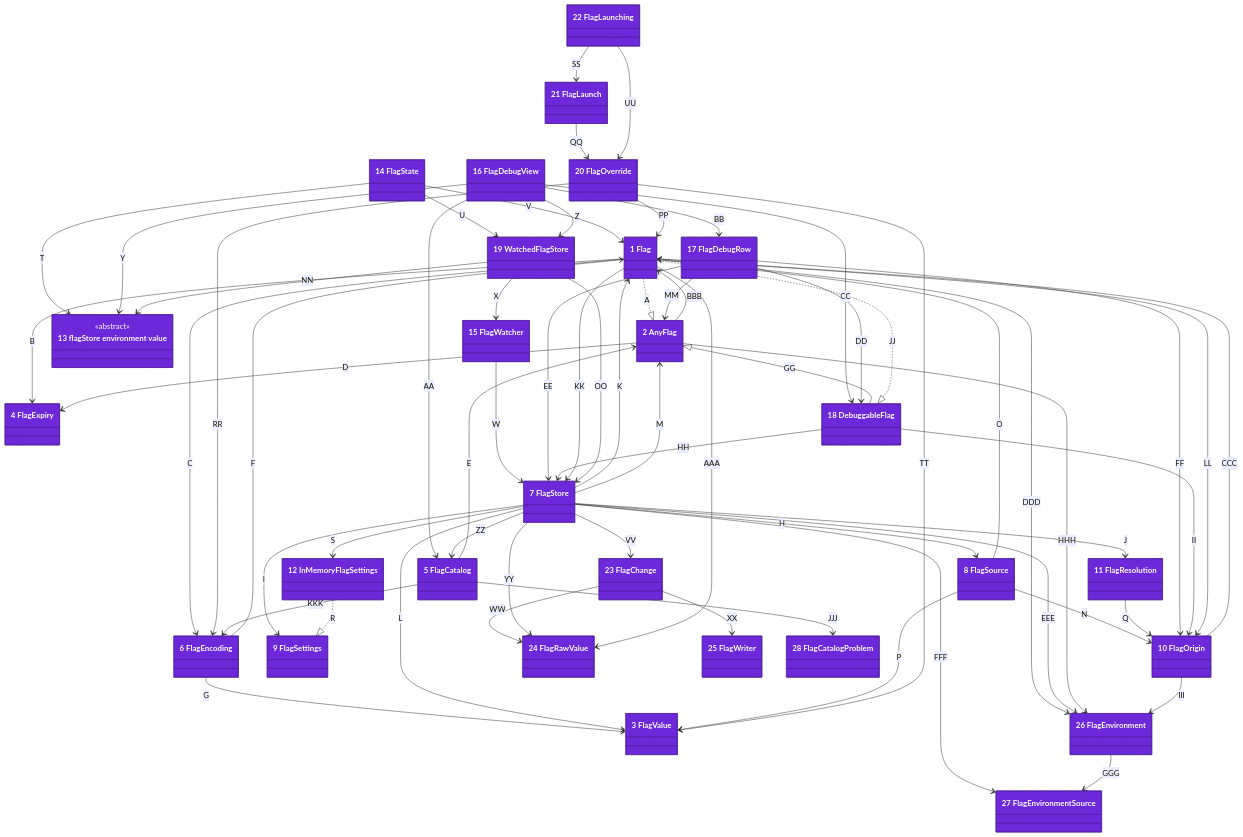
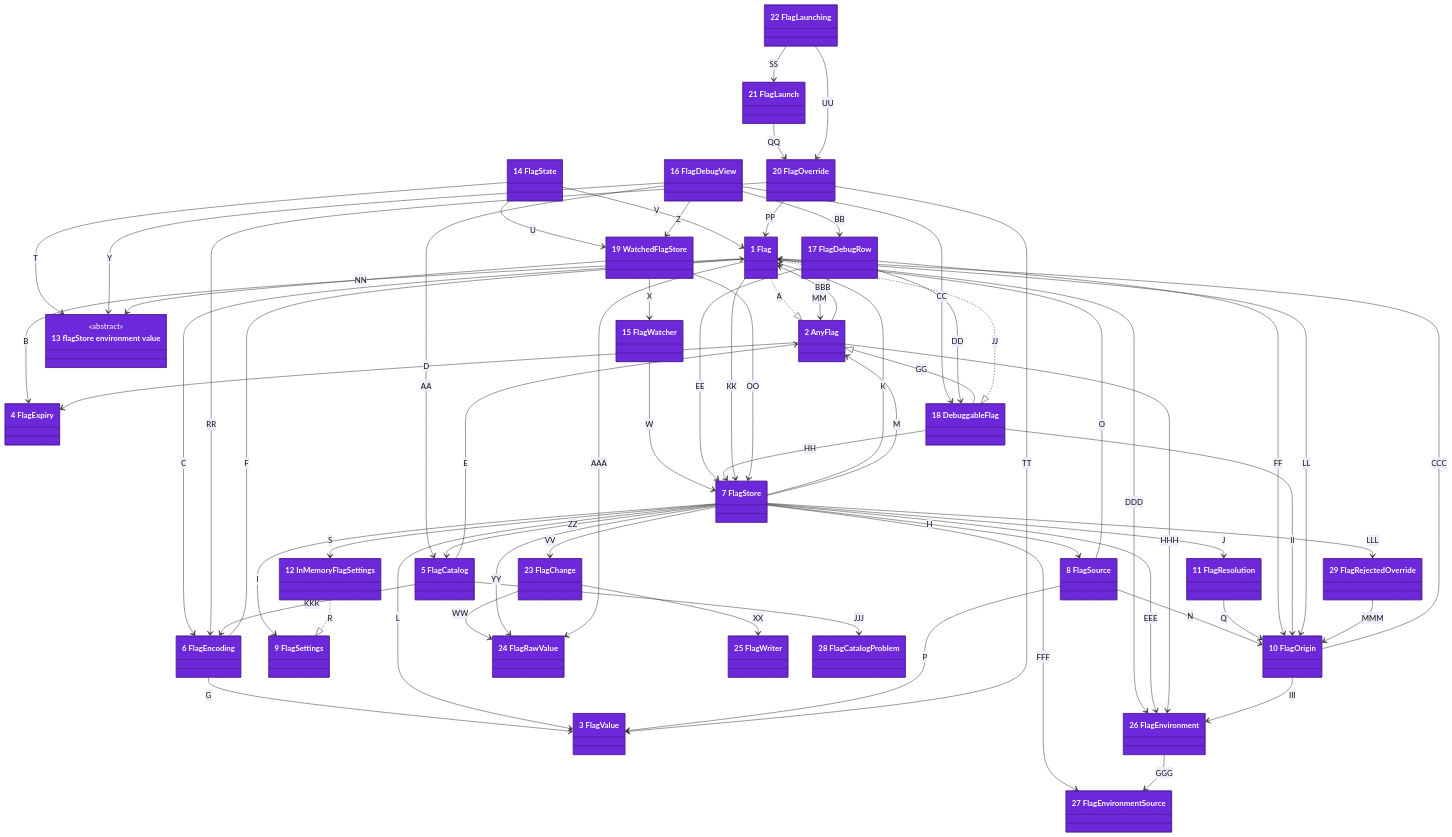
Before and after one commit to may-journal/feature-flag-kit: the first of 2 diagrams in docs/architecture/04-code.md, drawn with Mermaid. The commit also changed other lines of this file and 10 other files, not shown here.

First line of the commit message:
feat(core): name an override the store cannot read

```diff
--- a/docs/architecture/04-code.md
+++ b/docs/architecture/04-code.md
@@ -35,6 +35,7 @@
     class FlagEnvironment["26 FlagEnvironment"]
     class FlagEnvironmentSource["27 FlagEnvironmentSource"]
     class FlagCatalogProblem["28 FlagCatalogProblem"]
+    class FlagRejectedOverride["29 FlagRejectedOverride"]
 
     Flag ..|> AnyFlag : A
     Flag --> FlagExpiry : B
@@ -99,6 +100,8 @@
     FlagOrigin --> FlagEnvironment : III
     FlagCatalog --> FlagCatalogProblem : JJJ
     FlagCatalog --> FlagEncoding : KKK
+    FlagStore --> FlagRejectedOverride : LLL
+    FlagRejectedOverride --> FlagOrigin : MMM
 
     style Flag fill:#6d28d9,stroke:#4c1d95,color:#ffffff
     style AnyFlag fill:#6d28d9,stroke:#4c1d95,color:#ffffff
@@ -106,6 +109,7 @@
     style FlagExpiry fill:#6d28d9,stroke:#4c1d95,color:#ffffff
     style FlagCatalog fill:#6d28d9,stroke:#4c1d95,color:#ffffff
     style FlagCatalogProblem fill:#6d28d9,stroke:#4c1d95,color:#ffffff
+    style FlagRejectedOverride fill:#6d28d9,stroke:#4c1d95,color:#ffffff
     style FlagEncoding fill:#6d28d9,stroke:#4c1d95,color:#ffffff
     style FlagStore fill:#6d28d9,stroke:#4c1d95,color:#ffffff
     style FlagSource fill:#6d28d9,stroke:#4c1d95,color:#ffffff
```
